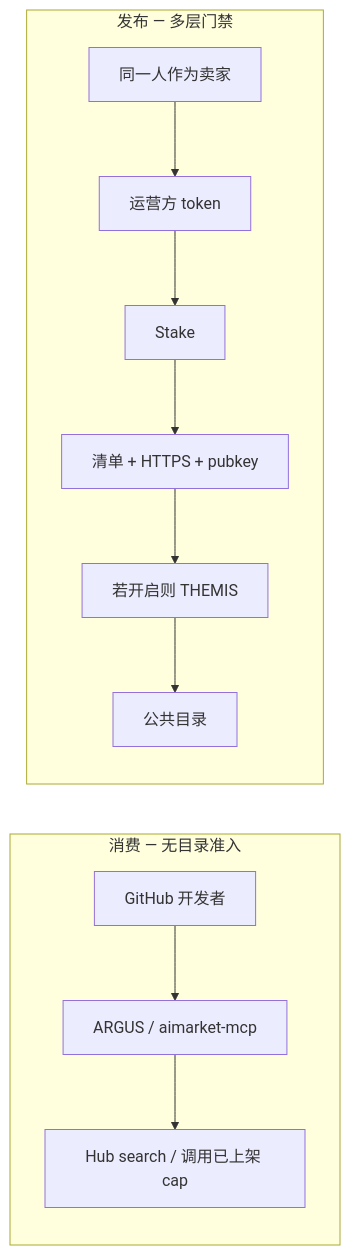
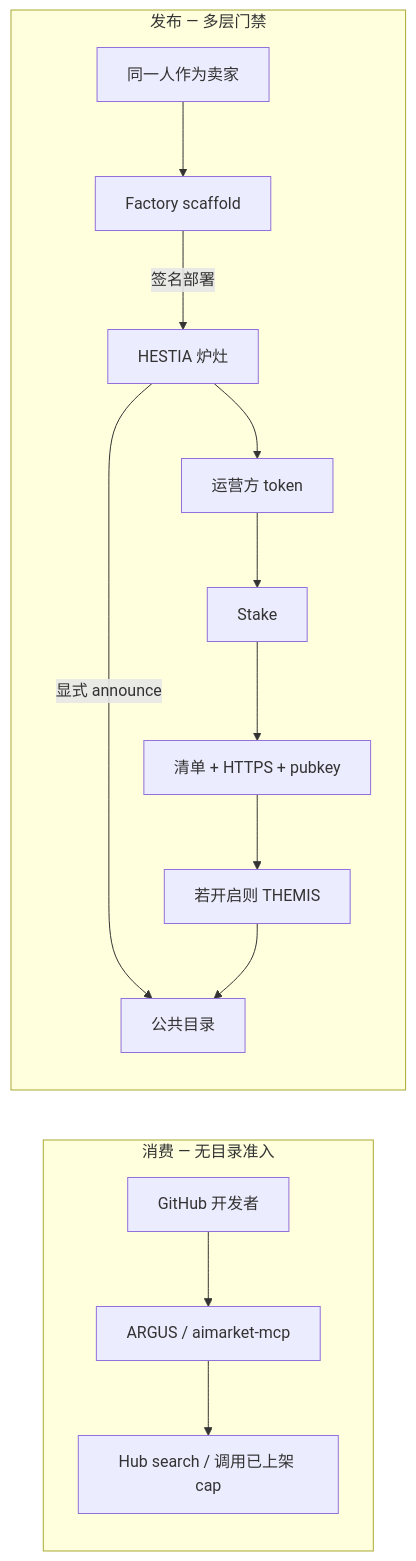
The diagram in docs/ecosystem/supply-chain-admission-zh.md (alexar76/aicom), drawn with Mermaid before and after one commit. The commit also changed other lines of this file and 28 other files, not shown here.

````diff
--- a/docs/ecosystem/supply-chain-admission-zh.md
+++ b/docs/ecosystem/supply-chain-admission-zh.md
@@ -101,14 +104,17 @@
 ```mermaid
 flowchart LR
   subgraph consume [消费 — 无目录准入]
     Dev[GitHub 开发者] --> Argus[ARGUS / aimarket-mcp]
     Argus --> HubRead[Hub search / 调用已上架 cap]
   end
   subgraph publish [发布 — 多层门禁]
-    Dev2[同一人作为卖家] --> Tok[运营方 token]
+    Dev2[同一人作为卖家] --> Fac[Factory scaffold]
+    Fac -->|签名部署| Hes[HESTIA 炉灶]
+    Hes --> Tok[运营方 token]
     Tok --> Stake[Stake]
     Stake --> Man[清单 + HTTPS + pubkey]
     Man --> T[若开启则 THEMIS]
-    T --> Cat[公共目录]
+    Hes -->|显式 announce| Cat[公共目录]
+    T --> Cat
   end
 ```
````
